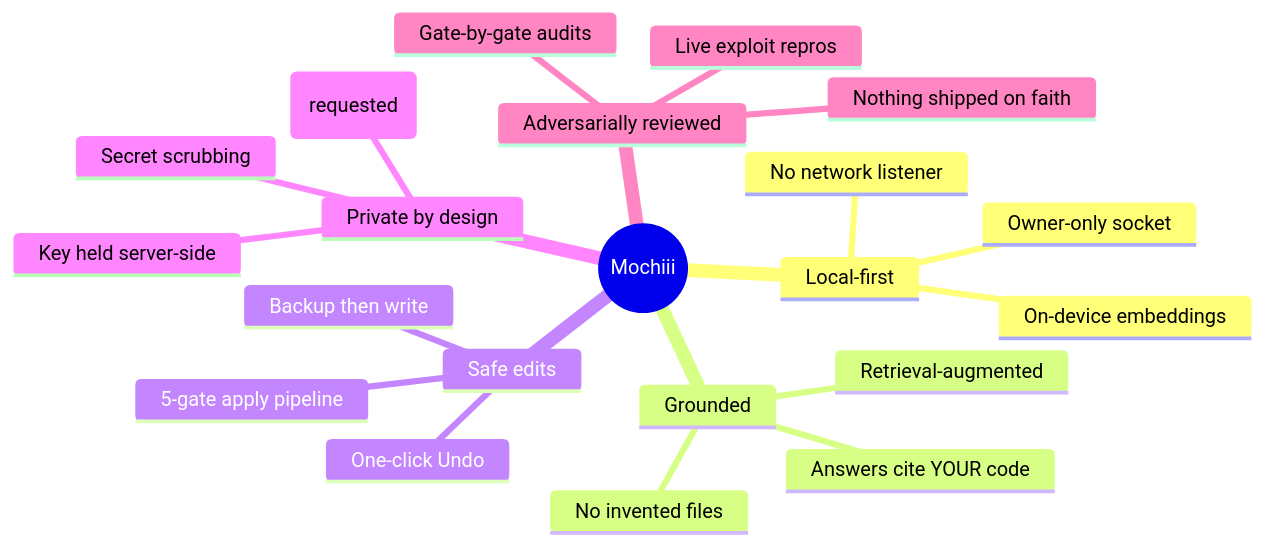
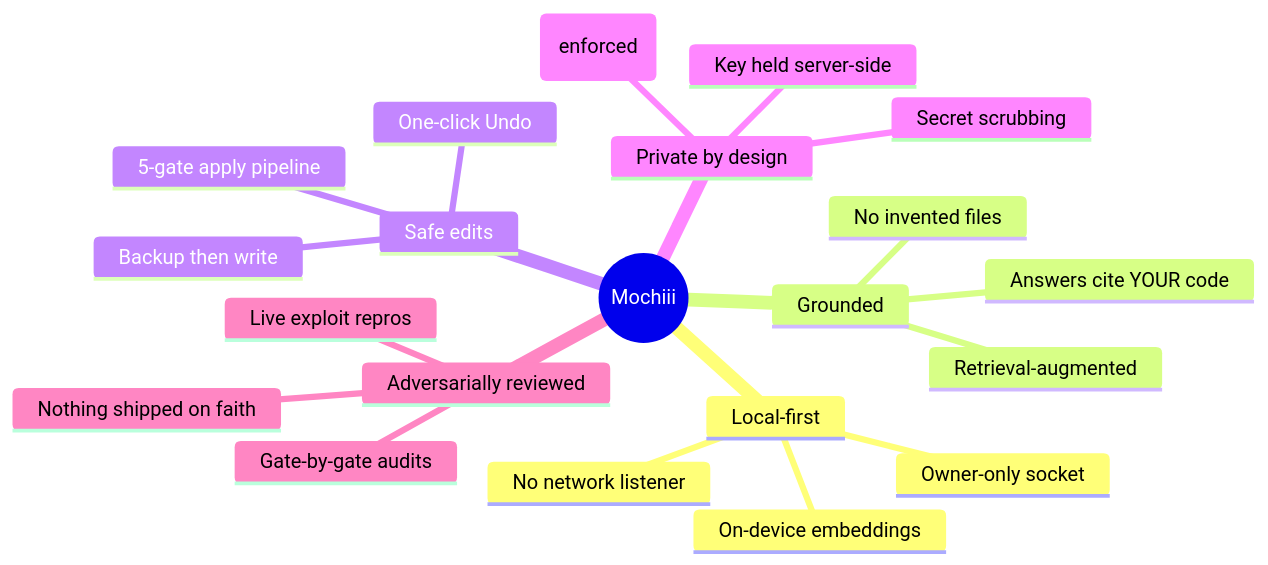
One commit to Rav-2007/codeterminal-core changed the first of 6 diagrams in PRODUCT_OVERVIEW.md. Above: the diagram before and after it, drawn with Mermaid. The commit also changed other lines of this file and 6 other files, not shown here.

````diff
--- a/PRODUCT_OVERVIEW.md
+++ b/PRODUCT_OVERVIEW.md
@@ -101,24 +102,24 @@
 ```mermaid
 mindmap
   root((Mochiii))
     Local-first
       On-device embeddings
       No network listener
       Owner-only socket
     Grounded
       Retrieval-augmented
       Answers cite YOUR code
       No invented files
     Safe edits
       5-gate apply pipeline
       Backup then write
       One-click Undo
     Private by design
-      Zero data retention (requested)
+      Zero data retention (enforced)
       Secret scrubbing
       Key held server-side
     Adversarially reviewed
       Gate-by-gate audits
       Live exploit repros
       Nothing shipped on faith
 ```
````
